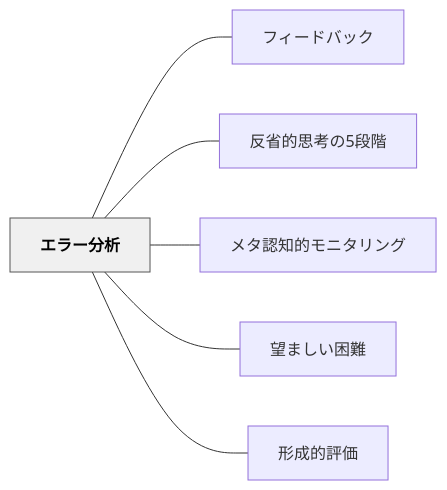
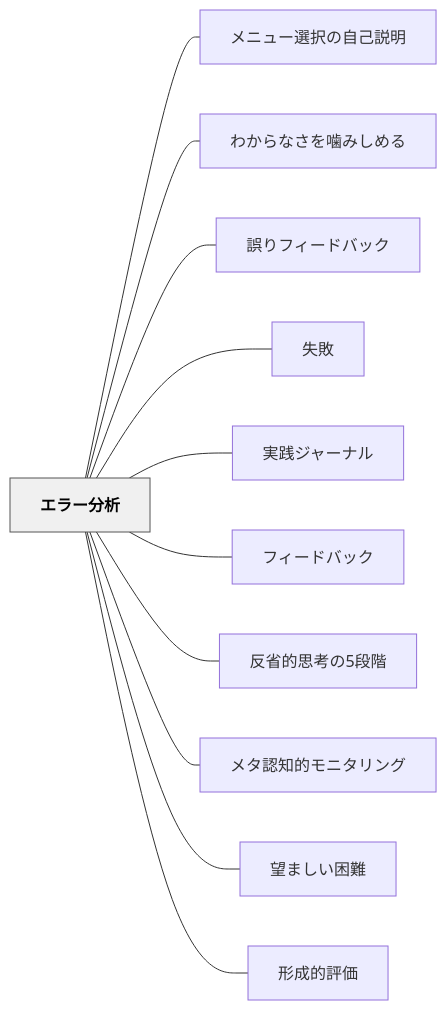
One commit to unknownthings-ed-patterns/unknownthings-ed-patterns changed the diagram in content/パタン/エラー分析.md. Above: the diagram before and after it, drawn with Mermaid. The commit also changed other lines of this file and 473 other files, not shown here.

````diff
--- a/content/パタン/エラー分析.md
+++ b/content/パタン/エラー分析.md
@@ -63,18 +68,28 @@
 ```mermaid
 flowchart LR
     ne382a8e383a9["エラー分析"]
+    ne383a1e3838b["メニュー選択の自己説明"]
+    ne3828fe3818b["わからなさを噛みしめる"]
+    ne8aaa4e3828a["誤りフィードバック"]
+    ne5a4b1e69597["失敗"]
+    ne5ae9fe8b7b5["実践ジャーナル"]
     ne38395e382a3["フィードバック"]
     ne58f8de79c81["反省的思考の5段階"]
     ne383a1e382bf["メタ認知的モニタリング"]
     ne69c9be381be["望ましい困難"]
     ne5bda2e68890["形成的評価"]
 
+    ne382a8e383a9 --- ne383a1e3838b
+    ne382a8e383a9 --- ne3828fe3818b
+    ne382a8e383a9 --- ne8aaa4e3828a
+    ne382a8e383a9 --- ne5a4b1e69597
+    ne382a8e383a9 --- ne5ae9fe8b7b5
     ne382a8e383a9 --- ne38395e382a3
     ne382a8e383a9 --- ne58f8de79c81
     ne382a8e383a9 --- ne383a1e382bf
     ne382a8e383a9 --- ne69c9be381be
     ne382a8e383a9 --- ne5bda2e68890
 
     classDef hub fill:#f0f0f0,stroke:#555,color:#000,font-weight:bold
     class ne382a8e383a9 hub
 ```
````
